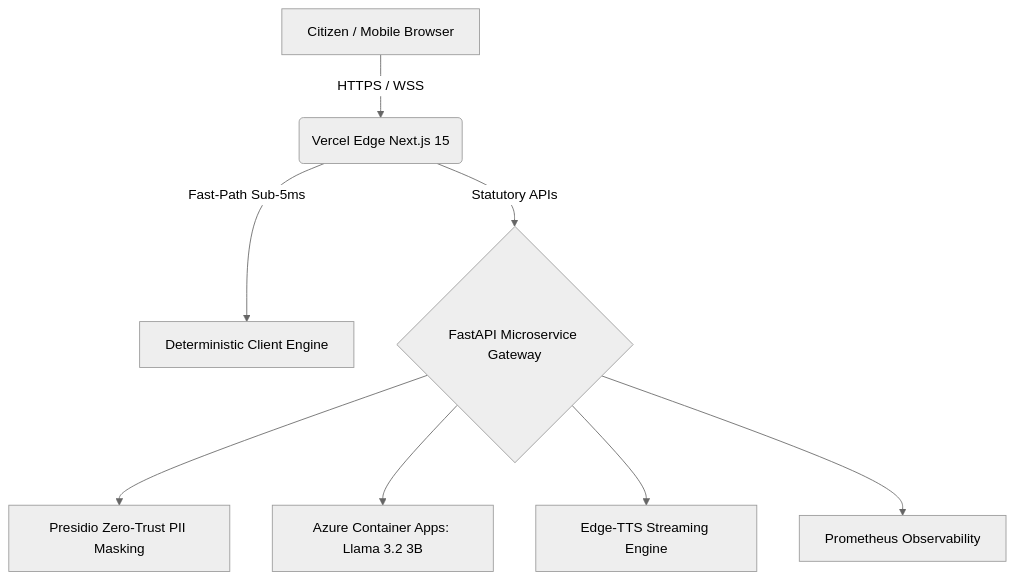
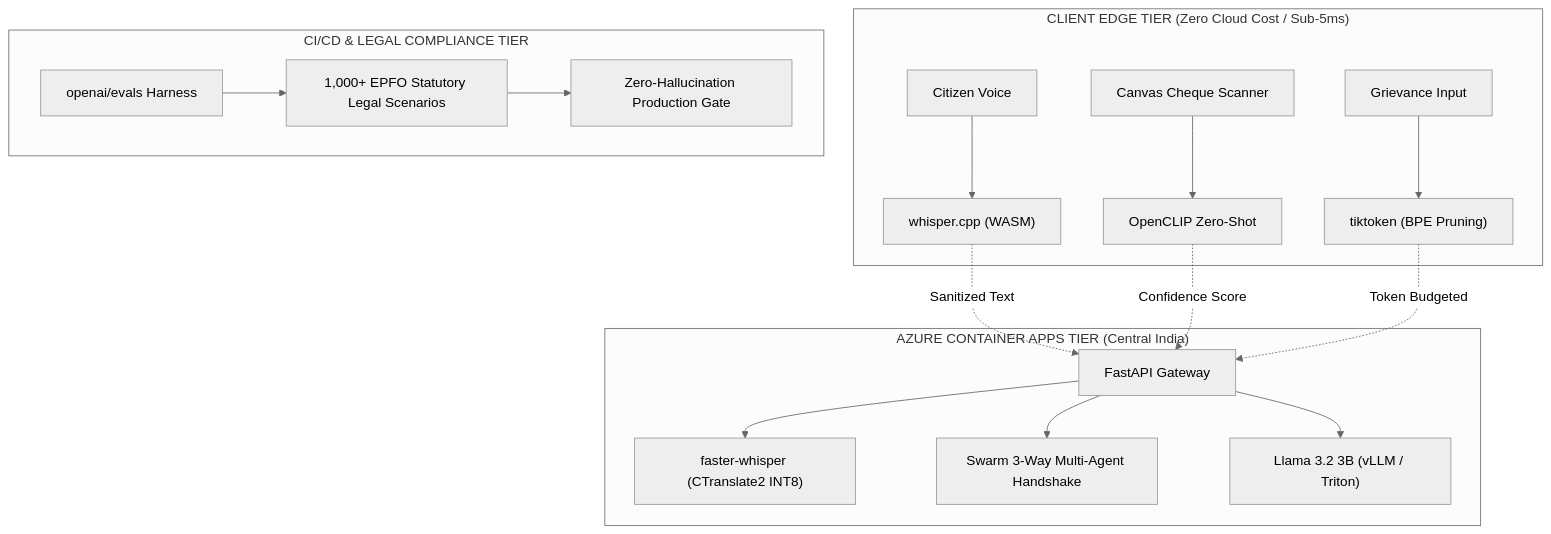
Before and after one commit to damik2007/jan-epf-ai: the diagram in README.md, drawn with Mermaid (neutral theme). The commit also changed other lines of this file and 5 other files, not shown here.

````diff
--- a/README.md
+++ b/README.md
@@ -81,10 +82,22 @@
 ```mermaid
 graph TD
-    A[Citizen / Mobile Browser] -->|HTTPS / WSS| B(Vercel Edge Next.js 15)
-    B -->|Fast-Path Sub-5ms| C[Deterministic Client Engine]
-    B -->|Statutory APIs| D{FastAPI Microservice Gateway}
-    D --> E[Presidio Zero-Trust PII Masking]
-    D --> F[Azure Container Apps: Llama 3.2 3B]
-    D --> G[Edge-TTS Streaming Engine]
-    D --> H[Prometheus Observability]
+    subgraph "CLIENT EDGE TIER (Zero Cloud Cost / Sub-5ms)"
+        A["Citizen Voice"] --> B["whisper.cpp (WASM)"]
+        C["Canvas Cheque Scanner"] --> D["OpenCLIP Zero-Shot"]
+        E["Grievance Input"] --> F["tiktoken (BPE Pruning)"]
+    end
+
+    subgraph "AZURE CONTAINER APPS TIER (Central India)"
+        B -.->|Sanitized Text| G["FastAPI Gateway"]
+        D -.->|Confidence Score| G
+        F -.->|Token Budgeted| G
+        G --> H["faster-whisper (CTranslate2 INT8)"]
+        G --> I["Swarm 3-Way Multi-Agent Handshake"]
+        G --> J["Llama 3.2 3B (vLLM / Triton)"]
+    end
+
+    subgraph "CI/CD & LEGAL COMPLIANCE TIER"
+        K["openai/evals Harness"] --> L["1,000+ EPFO Statutory Legal Scenarios"]
+        L --> M["Zero-Hallucination Production Gate"]
+    end
 ```
````
